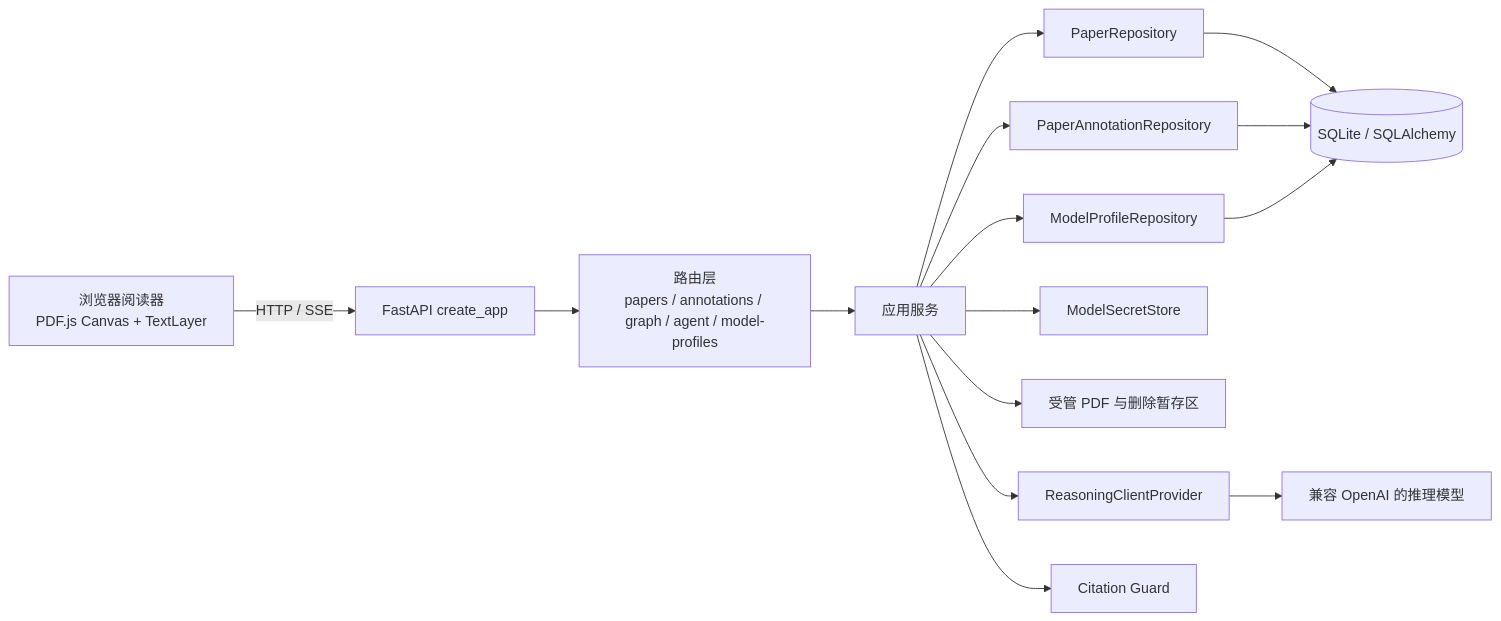
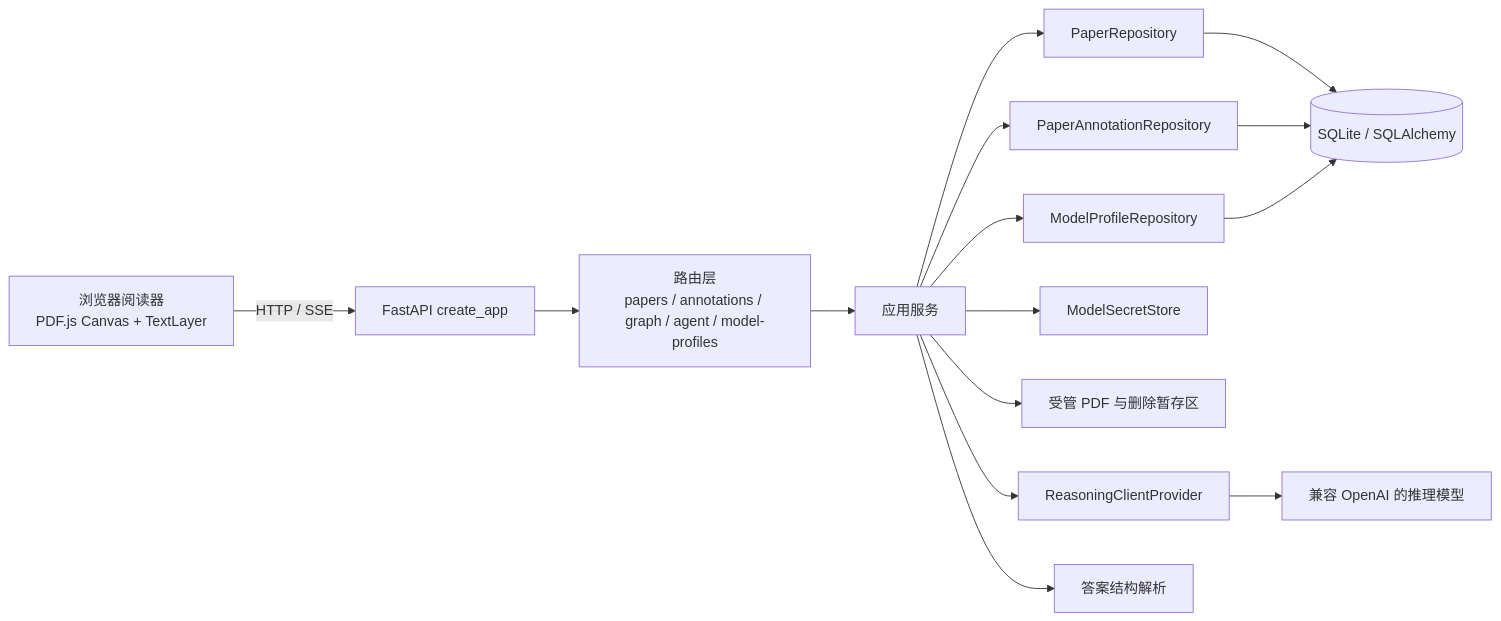
One commit to vibetony319/paper-agent changed the first of 5 diagrams in docs/architecture.md. Above: the diagram before and after it, drawn with Mermaid. The commit also changed other lines of this file and 23 other files, not shown here.

````diff
--- a/docs/architecture.md
+++ b/docs/architecture.md
@@ -7,17 +7,17 @@
 ```mermaid
 flowchart LR
     U[浏览器阅读器\nPDF.js Canvas + TextLayer] -->|HTTP / SSE| A[FastAPI create_app]
     A --> R[路由层\npapers / annotations / graph / agent / model-profiles]
     R --> S[应用服务]
     S --> PR[PaperRepository]
     S --> AR[PaperAnnotationRepository]
     S --> MR[ModelProfileRepository]
     S --> SS[ModelSecretStore]
     S --> FS[受管 PDF 与删除暂存区]
     PR --> DB[(SQLite / SQLAlchemy)]
     AR --> DB
     MR --> DB
     S --> RP[ReasoningClientProvider]
     RP --> M[兼容 OpenAI 的推理模型]
-    S --> CG[Citation Guard]
+    S --> CG[答案结构解析]
 ```
````
